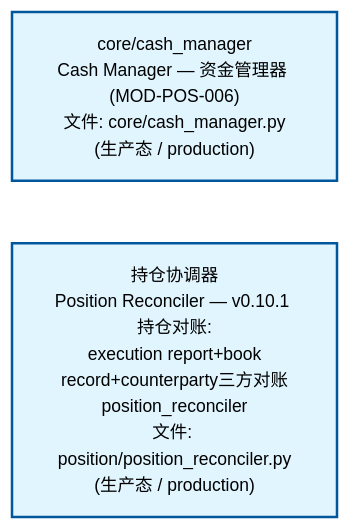
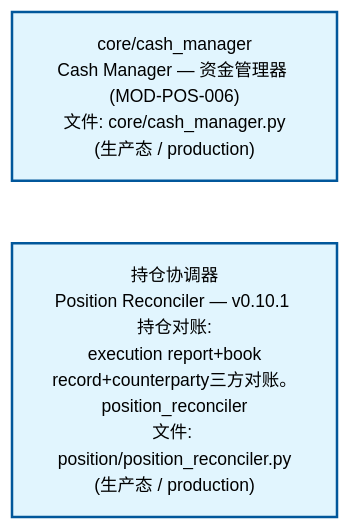
One commit to xuanFelixVan/ZephyrAlpha changed the second of 4 diagrams in docs/02_enterprise_architecture/02_domain_architecture_docs/64_d_position.md. Above: the diagram before and after it, drawn with Mermaid. The commit also changed other lines of this file and 61 other files, not shown here.

````diff
--- a/docs/02_enterprise_architecture/02_domain_architecture_docs/64_d_position.md
+++ b/docs/02_enterprise_architecture/02_domain_architecture_docs/64_d_position.md
@@ -108,12 +108,12 @@
 ```mermaid
 %%{init: {'theme': 'base', 'themeVariables': {'primaryColor': '#eaeaea', 'primaryTextColor': '#333333', 'primaryBorderColor': '#666666', 'lineColor': '#666666', 'secondaryColor': '#eaeaea', 'tertiaryColor': '#eaeaea', 'fontSize': '14px'}}}%%
 flowchart TD
     src_zephyr_position_core_cash_manager_py["core/cash_manager<br/>Cash Manager — 资金管理器 (MOD-POS-006)<br/>文件: core/cash_manager.py<br/>(生产态 / production)"]
-    src_zephyr_position_position_reconciler_py["持仓协调器<br/>Position Reconciler — v0.10.1 持仓对账:<br/>execution report+book<br/>record+counterparty三方对账<br/>position_reconciler<br/>文件: position/position_reconciler.py<br/>(生产态 / production)"]
+    src_zephyr_position_position_reconciler_py["持仓协调器<br/>Position Reconciler — v0.10.1 持仓对账:<br/>execution report+book<br/>record+counterparty三方对账。<br/>position_reconciler<br/>文件: position/position_reconciler.py<br/>(生产态 / production)"]
     src_zephyr_position_core_cash_manager_py ~~~ src_zephyr_position_position_reconciler_py
     classDef production fill:#e1f5fe,stroke:#01579b,stroke-width:2px,color:#000
     classDef design fill:#fff3e0,stroke:#e65100,stroke-width:2px,color:#000,stroke-dasharray: 5 5
     classDef external_prod fill:#e8f4fd,stroke:#0277bd,stroke-width:1px,color:#000
     classDef external_design fill:#fff8e7,stroke:#ef6c00,stroke-width:1px,color:#000,stroke-dasharray: 5 5
     class src_zephyr_position_core_cash_manager_py,src_zephyr_position_position_reconciler_py production
 ```
````
